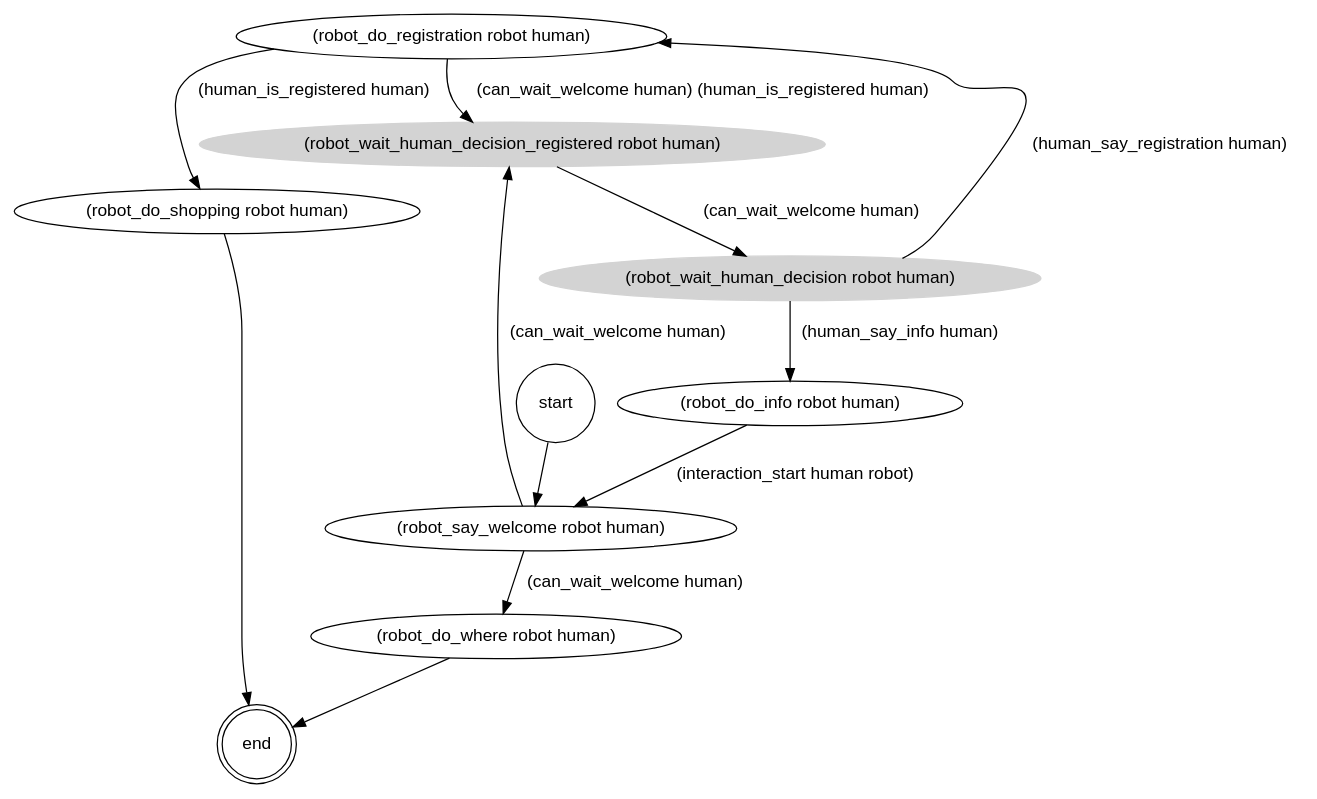
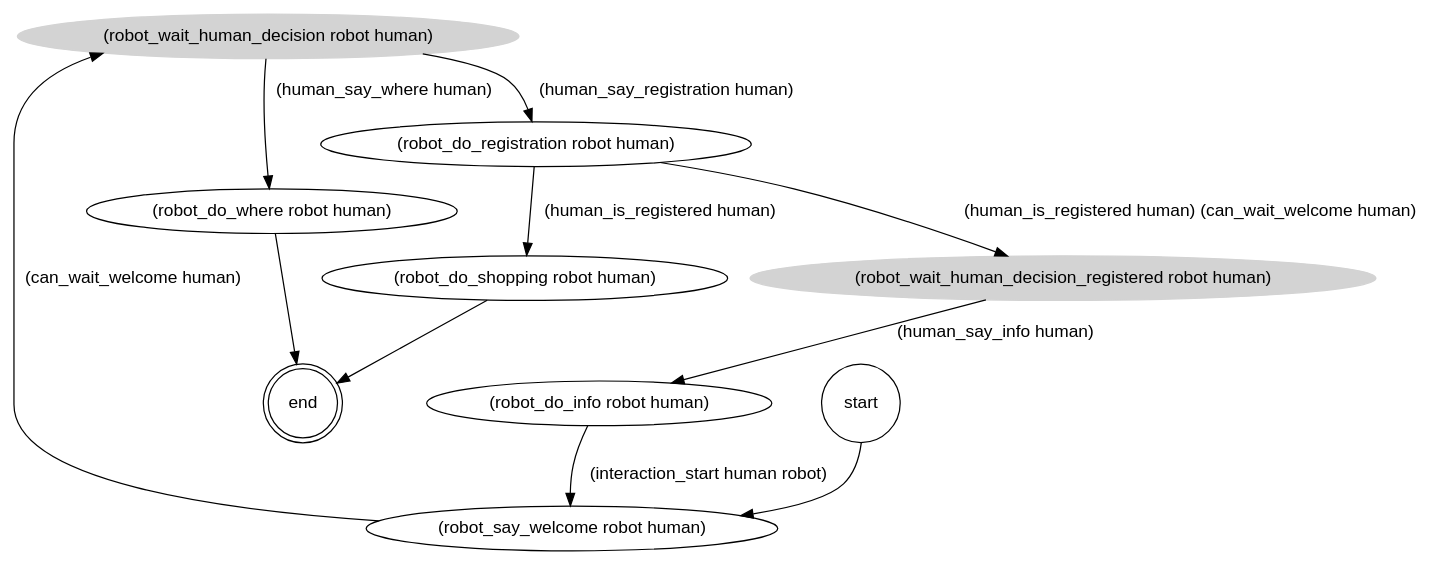
Before and after one commit to francescotss/PepperMart: the diagram in playground/pddl/hri_problem_example_v2.tred.gv, drawn with Graphviz. The commit also changed 14 other files, not shown here.

```diff
--- a/playground/pddl/hri_problem_example_v2.tred.gv
+++ b/playground/pddl/hri_problem_example_v2.tred.gv
@@ -1,29 +1,28 @@
 strict digraph "" {
 	graph [fontname=helvetica];
 	node [fontname=helvetica,
 		label="\N",
 		shape=ellipse
 	];
 	edge [fontname=helvetica];
 	"(end)"	 [label=end,
 		peripheries=2,
 		shape=circle];
+	"(robot_do_where robot human)" -> "(end)";
 	"(robot_do_shopping robot human)" -> "(end)";
-	"(robot_do_where robot human)" -> "(end)";
 	"(robot_wait_human_decision_registered robot human)"	 [color=lightgrey,
 		style=filled];
+	"(robot_wait_human_decision_registered robot human)" -> "(robot_do_info robot human)"	 [label="(human_say_info human)"];
+	"(robot_do_info robot human)" -> "(robot_say_welcome robot human)"	 [label="(interaction_start human robot)"];
 	"(robot_wait_human_decision robot human)"	 [color=lightgrey,
 		style=filled];
-	"(robot_wait_human_decision_registered robot human)" -> "(robot_wait_human_decision robot human)"	 [label="(can_wait_welcome human)"];
-	"(robot_wait_human_decision robot human)" -> "(robot_do_info robot human)"	 [label="(human_say_info human)"];
+	"(robot_say_welcome robot human)" -> "(robot_wait_human_decision robot human)"	 [label="(can_wait_welcome human)"];
+	"(robot_wait_human_decision robot human)" -> "(robot_do_where robot human)"	 [label="(human_say_where human)"];
 	"(robot_wait_human_decision robot human)" -> "(robot_do_registration robot human)"	 [label="(human_say_registration human)"];
-	"(robot_do_info robot human)" -> "(robot_say_welcome robot human)"	 [label="(interaction_start human robot)"];
 	"(robot_do_registration robot human)" -> "(robot_do_shopping robot human)"	 [label="(human_is_registered human)"];
-	"(robot_do_registration robot human)" -> "(robot_wait_human_decision_registered robot human)"	 [label="(can_wait_welcome human) (human_is_registered human)"];
-	"(robot_say_welcome robot human)" -> "(robot_do_where robot human)"	 [label="(can_wait_welcome human)"];
-	"(robot_say_welcome robot human)" -> "(robot_wait_human_decision_registered robot human)"	 [label="(can_wait_welcome human)"];
+	"(robot_do_registration robot human)" -> "(robot_wait_human_decision_registered robot human)"	 [label="(human_is_registered human) (can_wait_welcome human)"];
 	"(start)"	 [label=start,
 		peripheries=1,
 		shape=circle];
 	"(start)" -> "(robot_say_welcome robot human)";
 }
```
